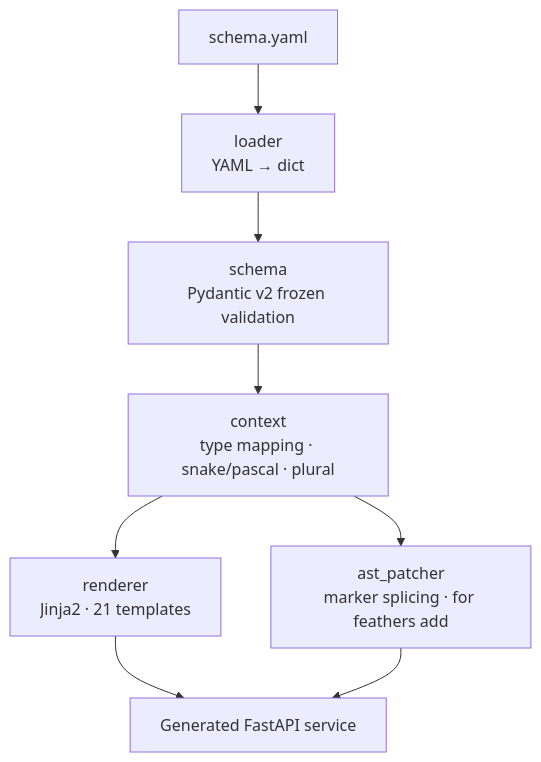
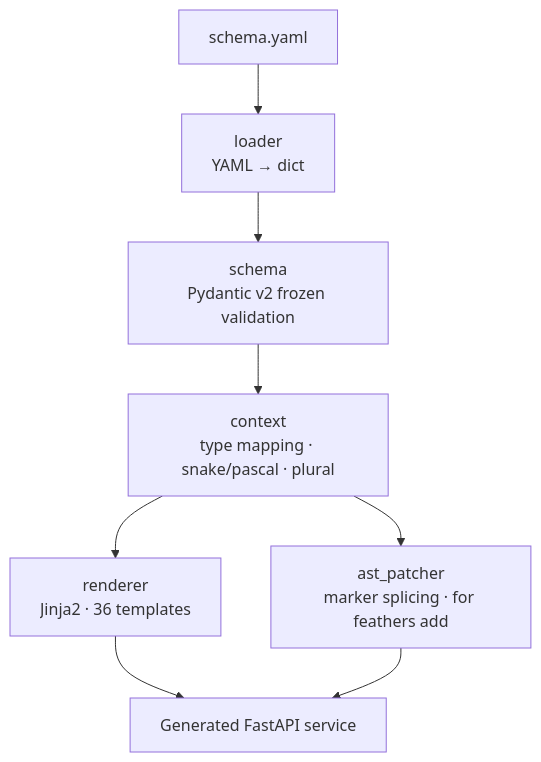
One commit to Abdul-Muizz1310/feathers changed the first of 4 diagrams in README.md. Above: the diagram before and after it, drawn with Mermaid. The commit also changed other lines of this file and 3 other files, not shown here.

````diff
--- a/README.md
+++ b/README.md
@@ -63,10 +63,10 @@
 ```mermaid
 flowchart TD
     YAML[schema.yaml] --> Loader[loader<br/>YAML → dict]
     Loader --> Schema[schema<br/>Pydantic v2 frozen validation]
     Schema --> Context[context<br/>type mapping · snake/pascal · plural]
-    Context --> Renderer[renderer<br/>Jinja2 · 21 templates]
+    Context --> Renderer[renderer<br/>Jinja2 · 36 templates]
     Context --> Patcher[ast_patcher<br/>marker splicing · for feathers add]
     Renderer --> Service[Generated FastAPI service]
     Patcher --> Service
 ```
````
